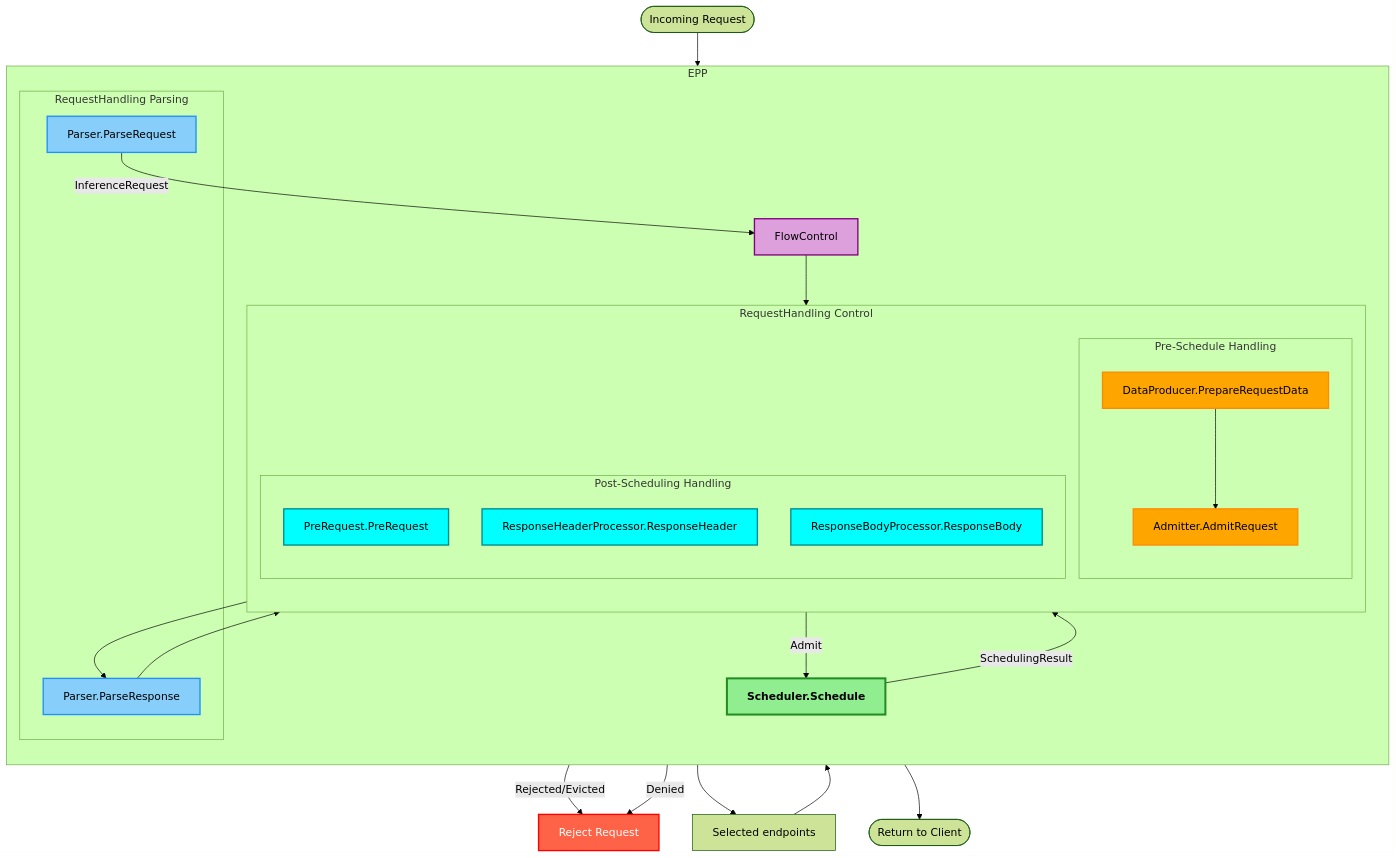
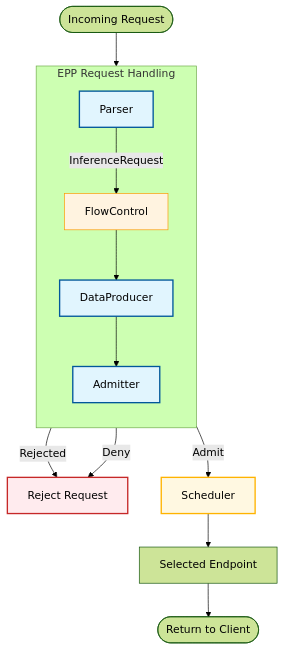
Before and after one commit to zetxqx/llm-d: the diagram in docs/wip-docs-new/architecture/core/epp/request-handling.md, drawn with Mermaid (forest theme). The commit also changed other lines of this file, not shown here.

Commit message:
update graph and remove extra plugin

````diff
--- a/docs/wip-docs-new/architecture/core/epp/request-handling.md
+++ b/docs/wip-docs-new/architecture/core/epp/request-handling.md
@@ -12,68 +12,36 @@
 ```mermaid
 flowchart TD
-    %% Custom Style Definitions
-    classDef parsing fill:lightskyblue,stroke:dodgerblue,stroke-width:2px,color:black
-    classDef flowcontrol fill:plum,stroke:purple,stroke-width:2px,color:black
-    classDef statemgmt fill:orange,stroke:darkorange,stroke-width:2px,color:black
-    classDef postsched fill:cyan,stroke:darkcyan,stroke-width:2px,color:black
-    classDef rejection fill:tomato,stroke:red,stroke-width:2px,color:white
-    classDef scheduler fill:lightgreen,stroke:forestgreen,stroke-width:3px,color:black,font-weight:bold
+    %% Style Definitions
+    classDef highlight fill:#e1f5fe,stroke:#01579b,stroke-width:2px;
+    classDef accent fill:#fff8e1,stroke:#ffb300,stroke-width:2px;
+    classDef danger fill:#ffebee,stroke:#c62828,stroke-width:2px;
+    classDef flowcontrol fill:#fff3e0,stroke:#ff9800,color:#000
 
-    %% Entry/Exit Points
+    %% Nodes
     Req([Incoming Request])
     Client([Return to Client])
-    Reject[Reject Request]:::rejection
+    Reject[Reject Request]:::danger
 
-    subgraph SystemPipeline ["EPP"]
+   
+
+    subgraph EPP ["EPP Request Handling"]
         direction TB
+        Parse[Parser]:::highlight
+        Prep[DataProducer]:::highlight
+        FC[FlowControl]:::flowcontrol
+        Admit[Admitter]:::highlight
+    end
 
-        %% 1. Request/Response Parsing
-        subgraph SubParsing ["RequestHandling Parsing"]
-            Parse[Parser.ParseRequest]:::parsing
-            ParseResp[Parser.ParseResponse]:::parsing
-        end
-
-        %% 2. Flow Control
-        FC[FlowControl]:::flowcontrol
-
-        %% 3. Request Handling
-        subgraph SubHandling ["RequestHandling Control"]
-            direction TB
-            subgraph SubPre ["Pre-Schedule Handling"]
-                Prep[DataProducer.PrepareRequestData]:::statemgmt
-                Admit[Admitter.AdmitRequest]:::statemgmt
-            end
-
-            subgraph SubPostSched ["Post-Scheduling Handling"]
-                PreReq[PreRequest.PreRequest]:::postsched
-                RespHead[ResponseHeaderProcessor.ResponseHeader]:::postsched
-                RespBody[ResponseBodyProcessor.ResponseBody]:::postsched
-            end
-        end
-
-        %% 4. Scheduler
-        Sched[Scheduler.Schedule]:::scheduler    
-    end
-    Forward[Selected endpoints]
+    Sched[Scheduler]:::accent
 
     %% Connections
     Req --> Parse
-    Parse -->|"InferenceRequest"| FC
-    
-    %% Rejection Paths
+    Parse -->|InferenceRequest| FC
     FC --> Prep
-    FC -->|"Rejected/Evicted"| Reject
-    
+    FC -->|"Rejected"| Reject
     Prep --> Admit
     Admit -->|"Admit"| Sched
-    Admit -->|"Denied"| Reject
-    
-    %% Success Paths
-    Sched -->|"SchedulingResult"| PreReq
-    
-    PreReq --> Forward
-    Forward --> RespHead
-    RespHead --> ParseResp
-    ParseResp --> RespBody
-    RespBody --> Client
+    Admit -->|"Deny"| Reject
+    Sched --> Endpoint[Selected Endpoint]
+    Endpoint --> Client
 ```
````
